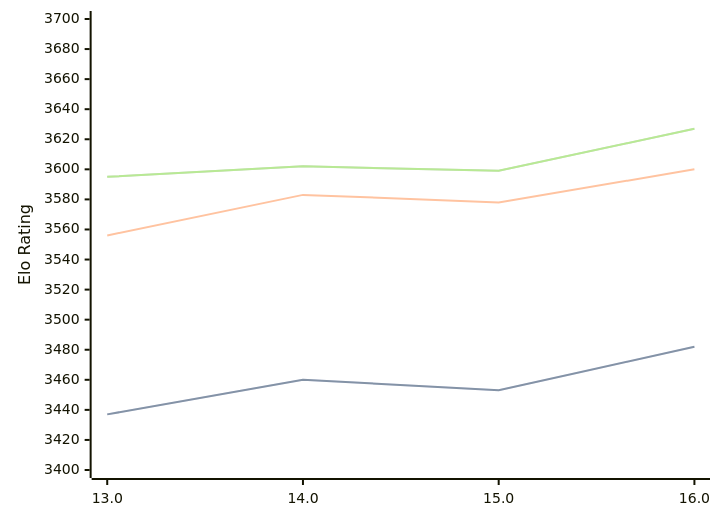
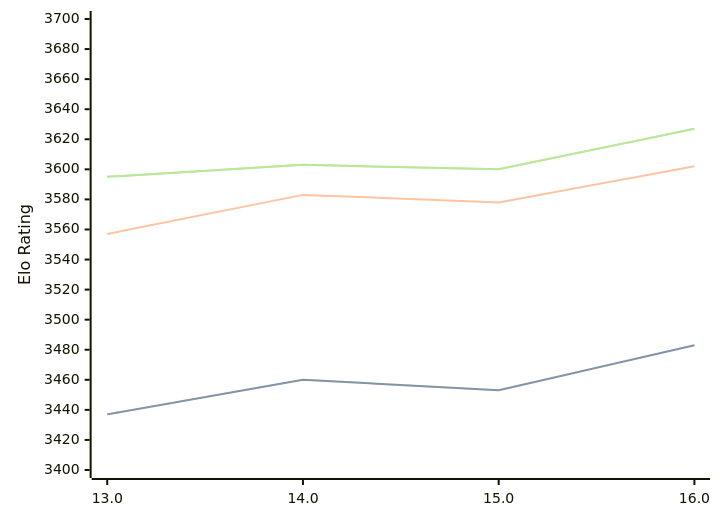
The diagram in engines/Obsidian.md (computer-chess-index/cci), drawn with Mermaid before and after one commit. The commit also changed other lines of this file, not shown here.

Commit message:
Update CCI Ratings (ELO VLTC) - 2026-05-04

````diff
--- a/engines/Obsidian.md
+++ b/engines/Obsidian.md
@@ -43,11 +43,11 @@
 ```mermaid
 %%{init: {"theme":"base","themeVariables":{"seriesColors:['#a3a3a3','#222221','#faa371']}}}%%
 xychart-beta
   x-axis ["13.0", "14.0", "15.0", "16.0"]
   y-axis "Elo Rating" 3400 --> 3700
-  line "STC (8.0+0.08s)" [3437, 3460, 3453, 3482]
-  line "STC (8.0+0.08s)" [3437, 3460, 3453, 3482]
-  line "LTC (60.0+0.60s)" [3556, 3583, 3578, 3600]
-  line "VLTC (2m24s+1.12s)" [3595, 3602, 3599, 3627]
-  line "VLTC (2m24s+1.12s)" [3595, 3602, 3599, 3627]
+  line "STC (8.0+0.08s)" [3437, 3460, 3453, 3483]
+  line "STC (8.0+0.08s)" [3437, 3460, 3453, 3483]
+  line "LTC (60.0+0.60s)" [3557, 3583, 3578, 3602]
+  line "VLTC (2m24s+1.12s)" [3595, 3603, 3600, 3627]
+  line "VLTC (2m24s+1.12s)" [3595, 3603, 3600, 3627]
 ```
````
